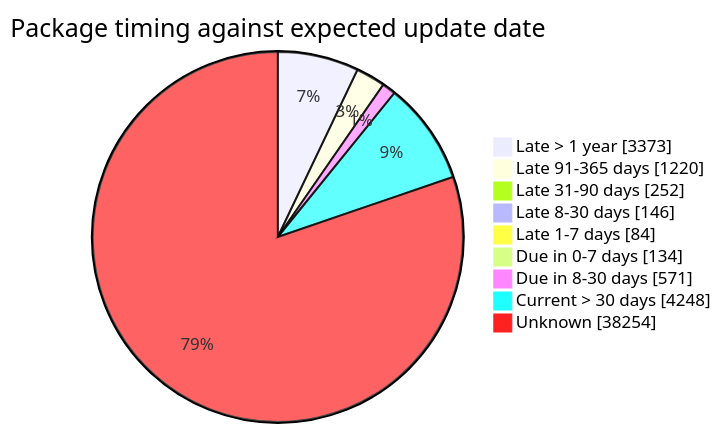
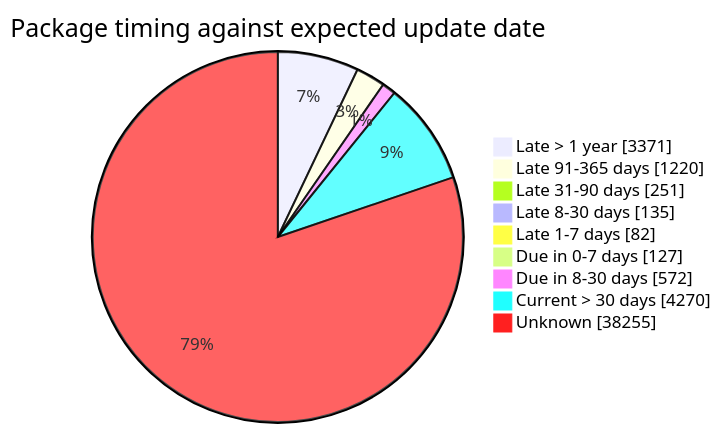
The fourth of 5 diagrams in FreshCheck/README.md (open-data/analytics-corporate-reporting), drawn with Mermaid before and after one commit. The commit also changed other lines of this file and 3 other files, not shown here.

````diff
--- a/FreshCheck/README.md
+++ b/FreshCheck/README.md
@@ -86,12 +86,12 @@
 ```mermaid
 pie showData title Package timing against expected update date
-    "Late > 1 year": 3373
+    "Late > 1 year": 3371
     "Late 91-365 days": 1220
-    "Late 31-90 days": 252
-    "Late 8-30 days": 146
-    "Late 1-7 days": 84
-    "Due in 0-7 days": 134
-    "Due in 8-30 days": 571
-    "Current > 30 days": 4248
-    "Unknown": 38254
+    "Late 31-90 days": 251
+    "Late 8-30 days": 135
+    "Late 1-7 days": 82
+    "Due in 0-7 days": 127
+    "Due in 8-30 days": 572
+    "Current > 30 days": 4270
+    "Unknown": 38255
 ```
````
